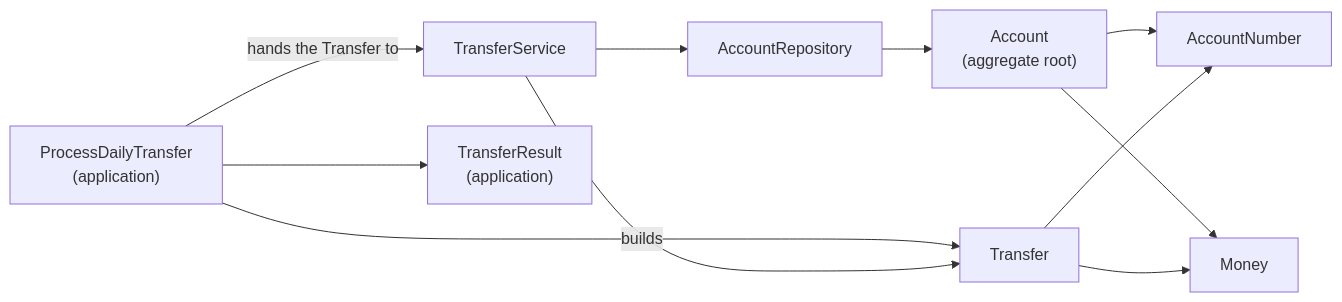
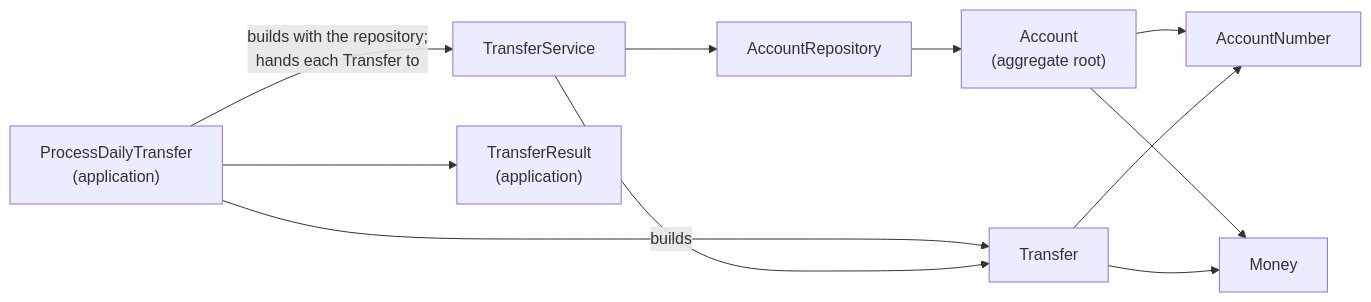
Before and after one commit to hetal-patel78/mable-backend-code-challenge: the fourth of 5 diagrams in docs/solution-design/05-high-level-design.md, drawn with Mermaid. The commit also changed other lines of this file, not shown here.

````diff
--- a/docs/solution-design/05-high-level-design.md
+++ b/docs/solution-design/05-high-level-design.md
@@ -105,22 +106,22 @@
 ```mermaid
 flowchart LR
     PDT["ProcessDailyTransfer<br/>(application)"]
     TS["TransferService"]
     Repo["AccountRepository"]
     Acc["Account<br/>(aggregate root)"]
     Tr["Transfer"]
     Res["TransferResult<br/>(application)"]
     AN["AccountNumber"]
     M["Money"]
 
     PDT -- "builds" --> Tr
-    PDT -- "hands the Transfer to" --> TS
+    PDT -- "builds with the repository;<br/>hands each Transfer to" --> TS
     PDT --> Res
     TS --> Repo
     TS --> Tr
     Repo --> Acc
     Acc --> AN
     Acc --> M
     Tr --> AN
     Tr --> M
 ```
````
